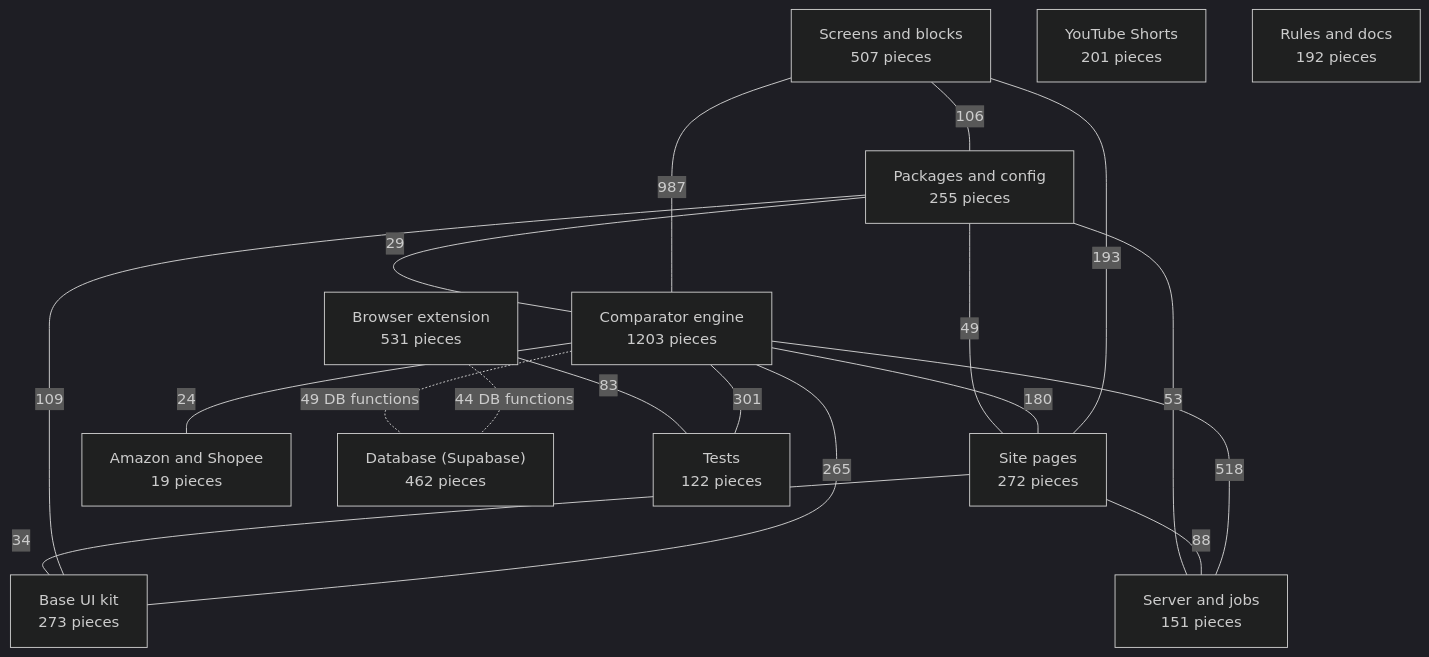
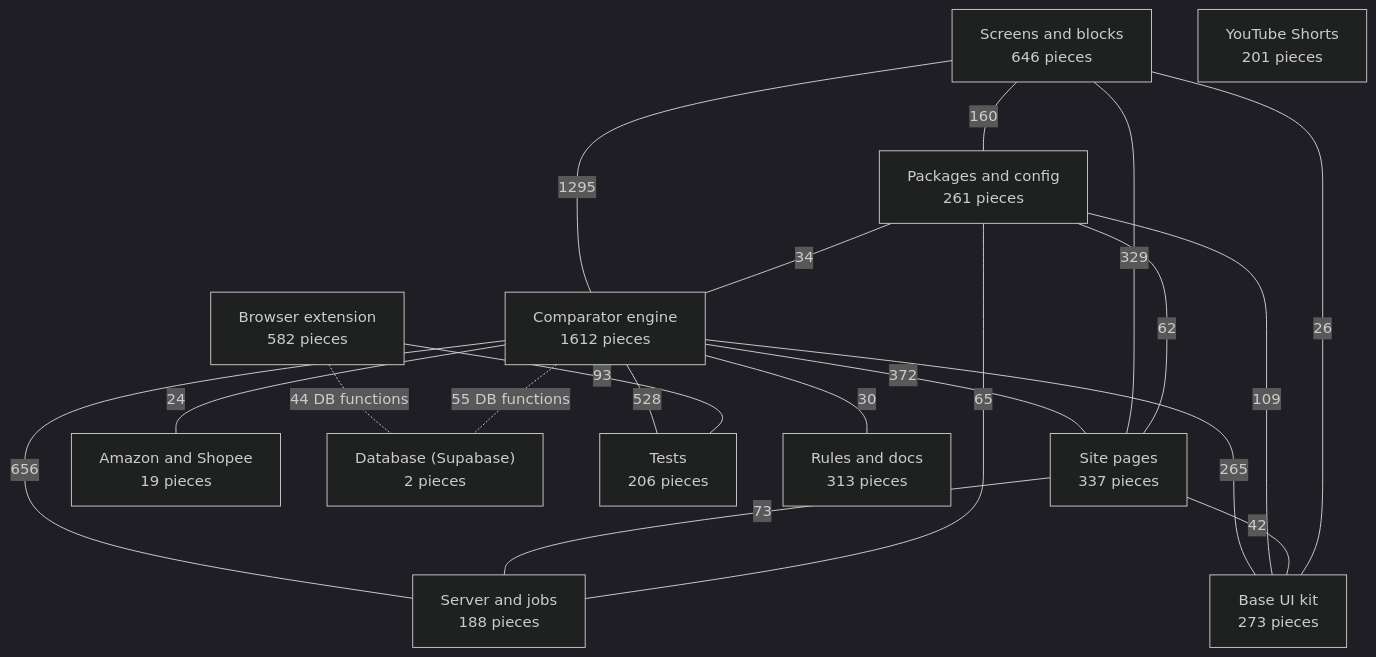
Before and after one commit to wesleimendes1318-crypto/cupons-afiliado-ml: the diagram in docs/mapa-do-codigo.md, drawn with Mermaid (dark theme). The commit also changed other lines of this file and 6 other files, not shown here.

First line of the commit message:
Audit fixes: grocery shield for every typed search, cache bump, consultar_pedido closed, graphify pip fallback

````diff
--- a/docs/mapa-do-codigo.md
+++ b/docs/mapa-do-codigo.md
@@ -8,32 +8,34 @@
 ```mermaid
 flowchart TB
-  paginas["Site pages<br/>272 pieces"]
-  componentes["Screens and blocks<br/>507 pieces"]
+  paginas["Site pages<br/>337 pieces"]
+  componentes["Screens and blocks<br/>646 pieces"]
   ui["Base UI kit<br/>273 pieces"]
-  logica["Comparator engine<br/>1203 pieces"]
+  logica["Comparator engine<br/>1612 pieces"]
   lojas["Amazon and Shopee<br/>19 pieces"]
-  servidor["Server and jobs<br/>151 pieces"]
-  banco["Database (Supabase)<br/>462 pieces"]
-  extensao["Browser extension<br/>531 pieces"]
-  testes["Tests<br/>122 pieces"]
+  servidor["Server and jobs<br/>188 pieces"]
+  banco["Database (Supabase)<br/>2 pieces"]
+  extensao["Browser extension<br/>582 pieces"]
+  testes["Tests<br/>206 pieces"]
   shorts["YouTube Shorts<br/>201 pieces"]
-  regras["Rules and docs<br/>192 pieces"]
-  config["Packages and config<br/>255 pieces"]
-  componentes ---|987| logica
-  logica ---|518| servidor
-  logica ---|301| testes
+  regras["Rules and docs<br/>313 pieces"]
+  config["Packages and config<br/>261 pieces"]
+  componentes ---|1295| logica
+  logica ---|656| servidor
+  logica ---|528| testes
+  logica ---|372| paginas
+  componentes ---|329| paginas
   logica ---|265| ui
-  componentes ---|193| paginas
-  logica ---|180| paginas
+  componentes ---|160| config
   config ---|109| ui
-  componentes ---|106| config
-  paginas ---|88| servidor
-  extensao ---|83| testes
-  config ---|53| servidor
-  config ---|49| paginas
-  paginas ---|34| ui
-  config ---|29| logica
+  extensao ---|93| testes
+  paginas ---|73| servidor
+  config ---|65| servidor
+  config ---|62| paginas
+  paginas ---|42| ui
+  config ---|34| logica
+  logica ---|30| regras
+  componentes ---|26| ui
   logica ---|24| lojas
   extensao -.-|44 DB functions| banco
-  logica -.-|49 DB functions| banco
+  logica -.-|55 DB functions| banco
 ```
````
